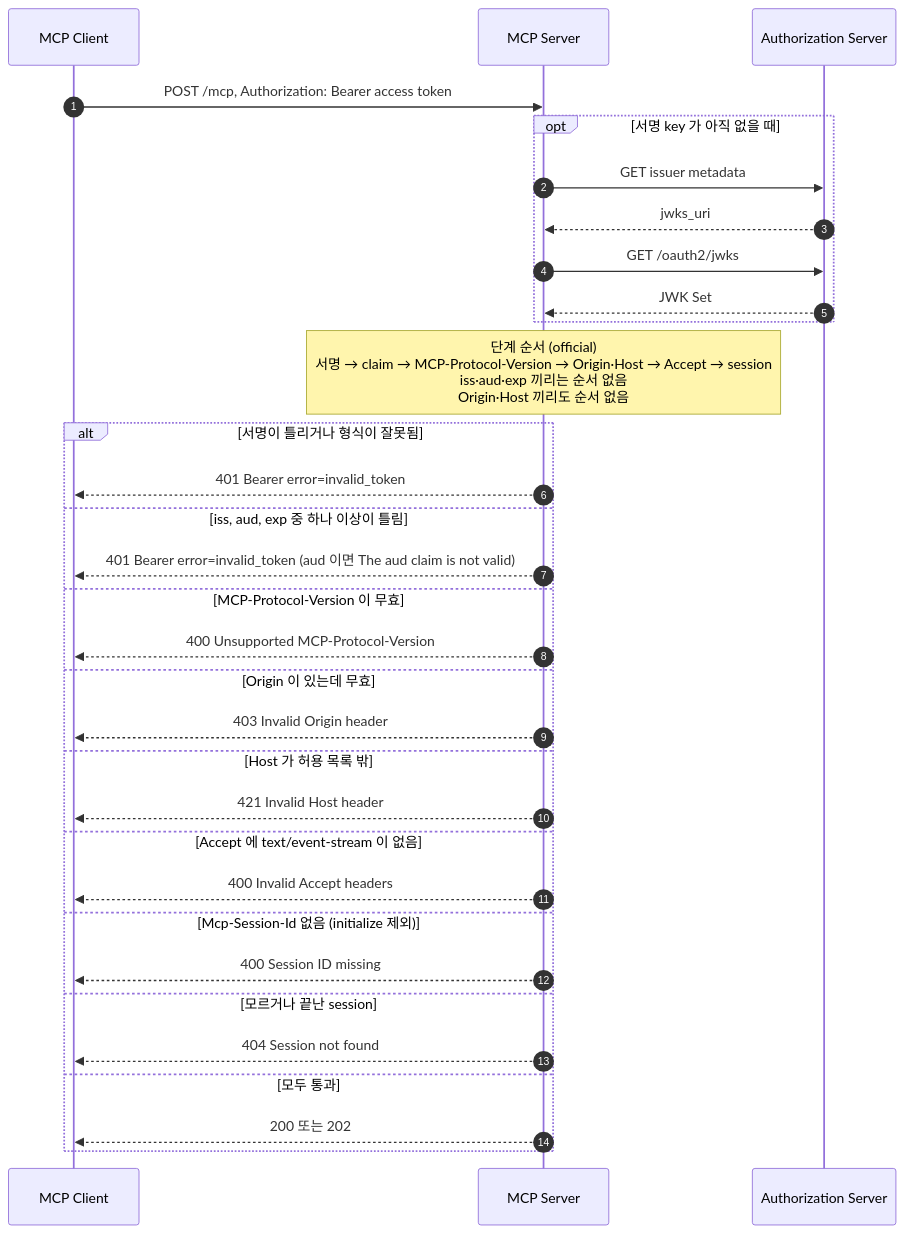
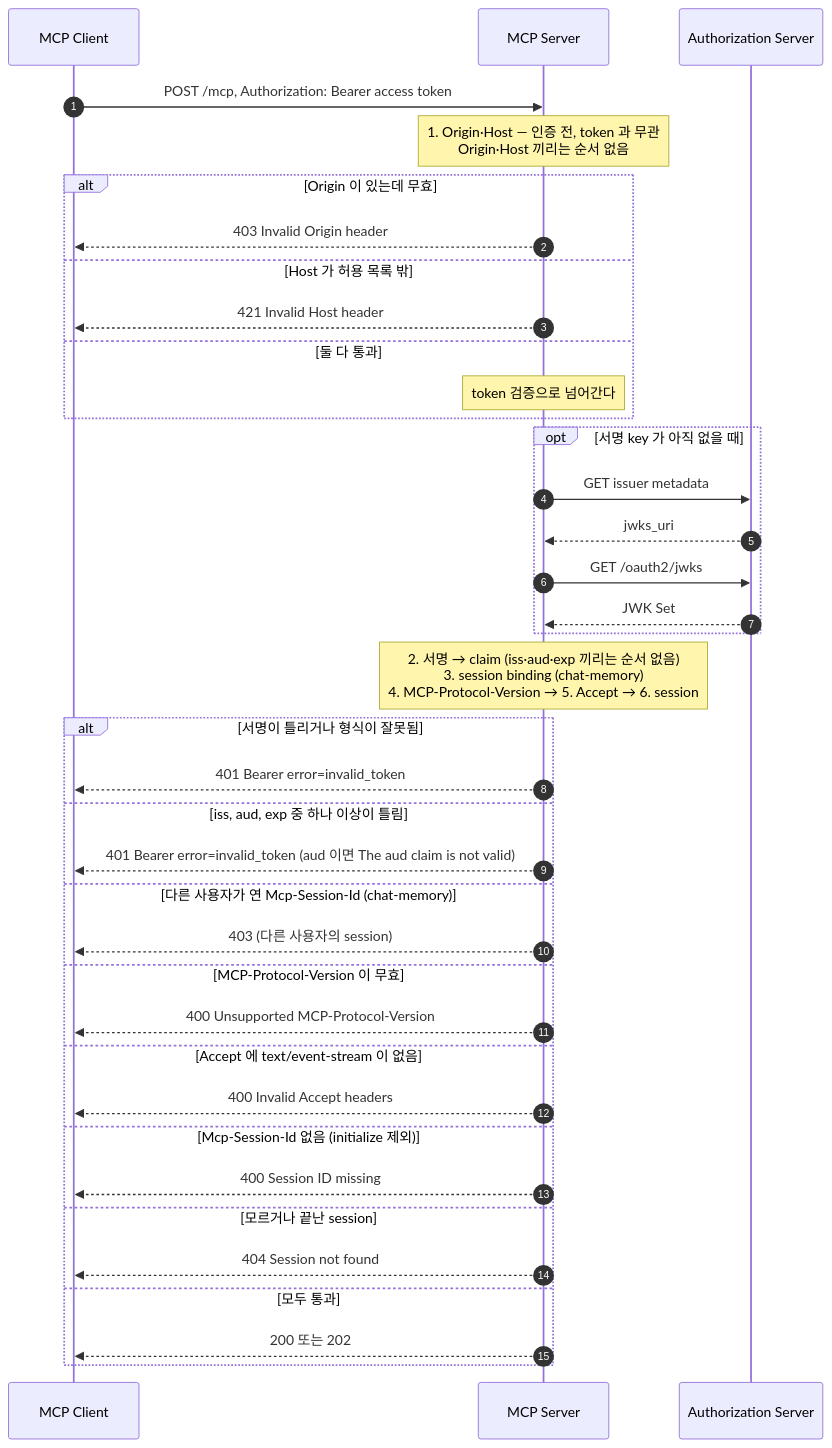
Before and after one commit to starryeye/spring-ai: diagram 11 of 13 in practice/MCP-SEQUENCES.md, drawn with Mermaid. The commit also changed other lines of this file and 1 other file, not shown here.

Commit message:
docs: MCP API·시퀀스 — 이동 링크, scope·resource·Origin·session 오류 경로

````diff
--- a/practice/MCP-SEQUENCES.md
+++ b/practice/MCP-SEQUENCES.md
@@ -439,34 +472,40 @@
 ```mermaid
 sequenceDiagram
     autonumber
     participant C as MCP Client
     participant M as MCP Server
     participant A as Authorization Server
     C->>M: POST /mcp, Authorization: Bearer access token
+    Note over M: 1. Origin·Host — 인증 전, token 과 무관<br/>Origin·Host 끼리는 순서 없음
+    alt Origin 이 있는데 무효
+        M-->>C: 403 Invalid Origin header
+    else Host 가 허용 목록 밖
+        M-->>C: 421 Invalid Host header
+    else 둘 다 통과
+        Note over M: token 검증으로 넘어간다
+    end
     opt 서명 key 가 아직 없을 때
         M->>A: GET issuer metadata
         A-->>M: jwks_uri
         M->>A: GET /oauth2/jwks
         A-->>M: JWK Set
     end
-    Note over M: 단계 순서 (official)<br/>서명 → claim → MCP-Protocol-Version → Origin·Host → Accept → session<br/>iss·aud·exp 끼리는 순서 없음<br/>Origin·Host 끼리도 순서 없음
+    Note over M: 2. 서명 → claim (iss·aud·exp 끼리는 순서 없음)<br/>3. session binding (chat-memory)<br/>4. MCP-Protocol-Version → 5. Accept → 6. session
     alt 서명이 틀리거나 형식이 잘못됨
         M-->>C: 401 Bearer error=invalid_token
     else iss, aud, exp 중 하나 이상이 틀림
         M-->>C: 401 Bearer error=invalid_token (aud 이면 The aud claim is not valid)
+    else 다른 사용자가 연 Mcp-Session-Id (chat-memory)
+        M-->>C: 403 (다른 사용자의 session)
     else MCP-Protocol-Version 이 무효
         M-->>C: 400 Unsupported MCP-Protocol-Version
-    else Origin 이 있는데 무효
-        M-->>C: 403 Invalid Origin header
-    else Host 가 허용 목록 밖
-        M-->>C: 421 Invalid Host header
     else Accept 에 text/event-stream 이 없음
         M-->>C: 400 Invalid Accept headers
     else Mcp-Session-Id 없음 (initialize 제외)
         M-->>C: 400 Session ID missing
     else 모르거나 끝난 session
         M-->>C: 404 Session not found
     else 모두 통과
         M-->>C: 200 또는 202
     end
 ```
````
